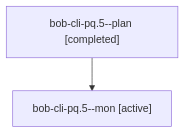
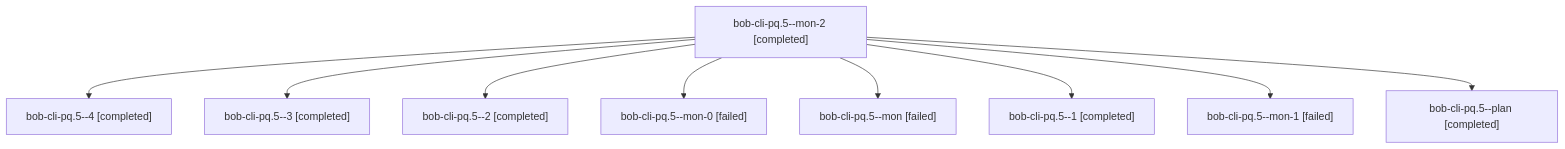
One commit to bobs-org/bob-cli--agents changed the diagram in sessions/bbugyi200.athena.bob-cli-pq.5.md. Above: the diagram before and after it, drawn with Mermaid. The commit also changed other lines of this file and 87 other files, not shown here.

````diff
--- a/sessions/bbugyi200.athena.bob-cli-pq.5.md
+++ b/sessions/bbugyi200.athena.bob-cli-pq.5.md
@@ -9,6 +9,20 @@
 ```mermaid
 flowchart TD
-  n0["bob-cli-pq.5--plan [completed]"]
-  n1["bob-cli-pq.5--mon [active]"]
+  n0["bob-cli-pq.5--mon-2 [completed]"]
+  n1["bob-cli-pq.5--4 [completed]"]
   n0 --> n1
+  n2["bob-cli-pq.5--3 [completed]"]
+  n0 --> n2
+  n3["bob-cli-pq.5--2 [completed]"]
+  n0 --> n3
+  n4["bob-cli-pq.5--mon-0 [failed]"]
+  n0 --> n4
+  n5["bob-cli-pq.5--mon [failed]"]
+  n0 --> n5
+  n6["bob-cli-pq.5--1 [completed]"]
+  n0 --> n6
+  n7["bob-cli-pq.5--mon-1 [failed]"]
+  n0 --> n7
+  n8["bob-cli-pq.5--plan [completed]"]
+  n0 --> n8
 ```
````
